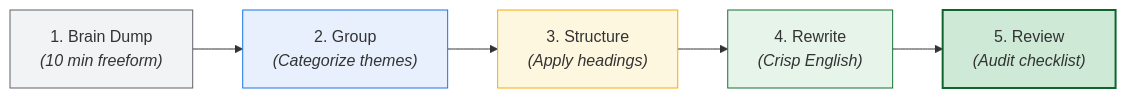
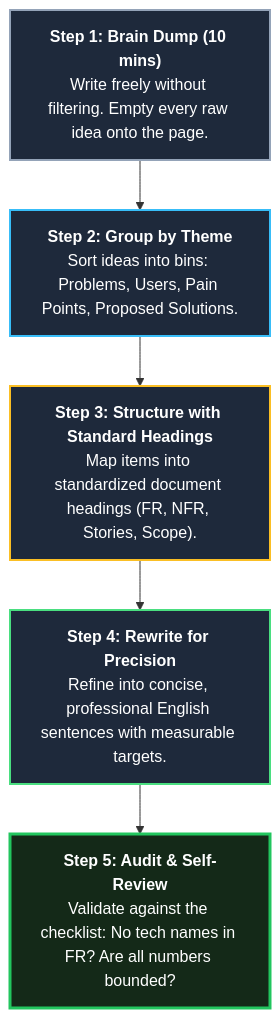
The fourth of 6 diagrams in docs/00-how-to-write-docs.md (awoladhossain/OpsPilot), drawn with Mermaid before and after one commit. The commit also changed other lines of this file, not shown here.

Commit message:
docs: redesign Mermaid diagrams with high-contrast colors and vertical layout for readability

````diff
--- a/docs/00-how-to-write-docs.md
+++ b/docs/00-how-to-write-docs.md
@@ -111,13 +120,16 @@
 ```mermaid
-flowchart LR
-  S1["1. Brain Dump<br><i>(10 min freeform)</i>"] --> S2["2. Group<br><i>(Categorize themes)</i>"]
-  S2 --> S3["3. Structure<br><i>(Apply headings)</i>"]
-  S3 --> S4["4. Rewrite<br><i>(Crisp English)</i>"]
-  S4 --> S5["5. Review<br><i>(Audit checklist)</i>"]
+flowchart TD
+  S1["<b>Step 1: Brain Dump (10 mins)</b><br/>Write freely without filtering. Empty every raw idea onto the page."]
+  S2["<b>Step 2: Group by Theme</b><br/>Sort ideas into bins: Problems, Users, Pain Points, Proposed Solutions."]
+  S3["<b>Step 3: Structure with Standard Headings</b><br/>Map items into standardized document headings (FR, NFR, Stories, Scope)."]
+  S4["<b>Step 4: Rewrite for Precision</b><br/>Refine into concise, professional English sentences with measurable targets."]
+  S5["<b>Step 5: Audit & Self-Review</b><br/>Validate against the checklist: No tech names in FR? Are all numbers bounded?"]
 
-  style S1 fill:#f1f3f4,stroke:#5f6368
-  style S2 fill:#e8f0fe,stroke:#1a73e8
-  style S3 fill:#fef7e0,stroke:#f9ab00
-  style S4 fill:#e6f4ea,stroke:#137333
-  style S5 fill:#ceead6,stroke:#0d652d,stroke-width:2px
+  S1 --> S2 --> S3 --> S4 --> S5
+
+  style S1 fill:#1e293b,stroke:#94a3b8,stroke-width:2px,color:#ffffff
+  style S2 fill:#1e293b,stroke:#38bdf8,stroke-width:2px,color:#ffffff
+  style S3 fill:#1e293b,stroke:#fbbf24,stroke-width:2px,color:#ffffff
+  style S4 fill:#1e293b,stroke:#4ade80,stroke-width:2px,color:#ffffff
+  style S5 fill:#142918,stroke:#22c55e,stroke-width:3px,color:#ffffff
 ```
````
